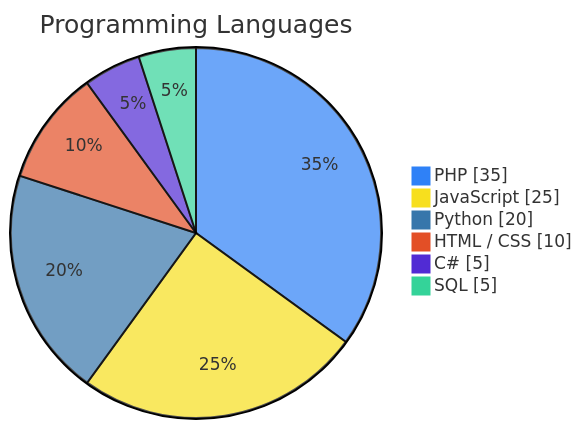
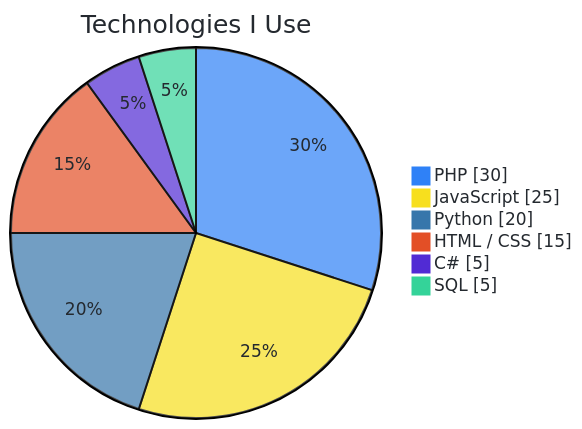
Before and after one commit to Mohammed927353/Mohammed927353: the second of 4 diagrams in README.md, drawn with Mermaid. The commit also changed other lines of this file, not shown here.

````diff
--- a/README.md
+++ b/README.md
@@ -171,23 +162,24 @@
 ```mermaid
 %%{init: {
   "theme": "base",
   "themeVariables": {
     "fontFamily": "Arial",
+    "primaryTextColor": "#24292F",
     "pie1": "#2F81F7",
     "pie2": "#F7DF1E",
     "pie3": "#3776AB",
     "pie4": "#E34F26",
     "pie5": "#512BD4",
     "pie6": "#34D399"
   }
 }}%%
 
 pie showData
-    title Programming Languages
-    "PHP" : 35
+    title Technologies I Use
+    "PHP" : 30
     "JavaScript" : 25
     "Python" : 20
-    "HTML / CSS" : 10
+    "HTML / CSS" : 15
     "C#" : 5
     "SQL" : 5
 ```
````
